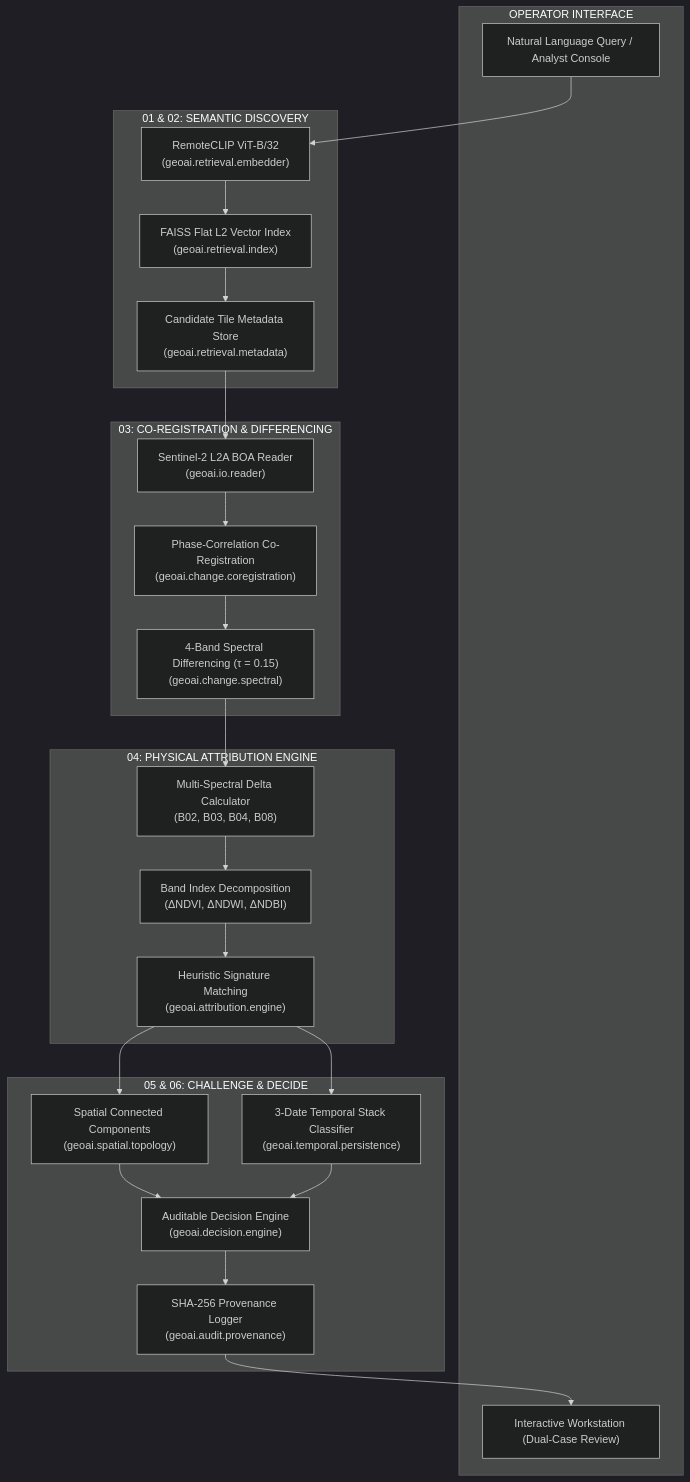
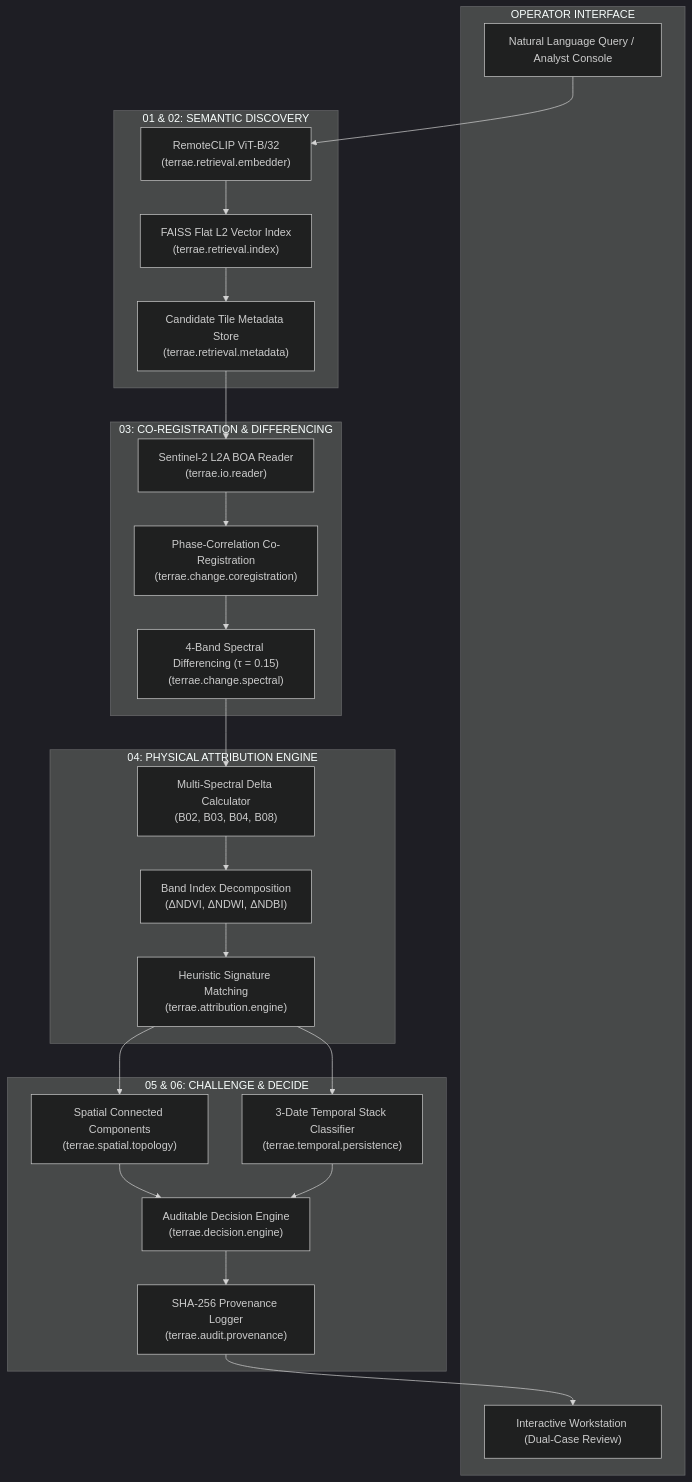
Before and after one commit to PhantomCipher13/terrae-geospatial-intelligence: the diagram in README.md, drawn with Mermaid (dark theme). The commit also changed other lines of this file and 124 other files, not shown here.

Commit message:
refactor: rename geoai to terrae across package, imports, databases, and docs

````diff
--- a/README.md
+++ b/README.md
@@ -107,48 +107,48 @@
 ```mermaid
 flowchart TD
     subgraph UI ["OPERATOR INTERFACE"]
         A["Natural Language Query / Analyst Console"]
         W["Interactive Workstation (Dual-Case Review)"]
     end
 
     subgraph RETRIEVAL ["01 & 02: SEMANTIC DISCOVERY"]
-        B["RemoteCLIP ViT-B/32<br/>(geoai.retrieval.embedder)"]
-        C["FAISS Flat L2 Vector Index<br/>(geoai.retrieval.index)"]
-        D["Candidate Tile Metadata Store<br/>(geoai.retrieval.metadata)"]
+        B["RemoteCLIP ViT-B/32<br/>(terrae.retrieval.embedder)"]
+        C["FAISS Flat L2 Vector Index<br/>(terrae.retrieval.index)"]
+        D["Candidate Tile Metadata Store<br/>(terrae.retrieval.metadata)"]
     end
 
     subgraph ALIGNMENT ["03: CO-REGISTRATION & DIFFERENCING"]
-        E["Sentinel-2 L2A BOA Reader<br/>(geoai.io.reader)"]
-        F["Phase-Correlation Co-Registration<br/>(geoai.change.coregistration)"]
-        G["4-Band Spectral Differencing (τ = 0.15)<br/>(geoai.change.spectral)"]
+        E["Sentinel-2 L2A BOA Reader<br/>(terrae.io.reader)"]
+        F["Phase-Correlation Co-Registration<br/>(terrae.change.coregistration)"]
+        G["4-Band Spectral Differencing (τ = 0.15)<br/>(terrae.change.spectral)"]
     end
 
     subgraph ATTRIBUTION ["04: PHYSICAL ATTRIBUTION ENGINE"]
         H["Multi-Spectral Delta Calculator<br/>(B02, B03, B04, B08)"]
         I["Band Index Decomposition<br/>(ΔNDVI, ΔNDWI, ΔNDBI)"]
-        J["Heuristic Signature Matching<br/>(geoai.attribution.engine)"]
+        J["Heuristic Signature Matching<br/>(terrae.attribution.engine)"]
     end
 
     subgraph VALIDATION ["05 & 06: CHALLENGE & DECIDE"]
-        K["Spatial Connected Components<br/>(geoai.spatial.topology)"]
-        L["3-Date Temporal Stack Classifier<br/>(geoai.temporal.persistence)"]
-        M["Auditable Decision Engine<br/>(geoai.decision.engine)"]
-        N["SHA-256 Provenance Logger<br/>(geoai.audit.provenance)"]
+        K["Spatial Connected Components<br/>(terrae.spatial.topology)"]
+        L["3-Date Temporal Stack Classifier<br/>(terrae.temporal.persistence)"]
+        M["Auditable Decision Engine<br/>(terrae.decision.engine)"]
+        N["SHA-256 Provenance Logger<br/>(terrae.audit.provenance)"]
     end
 
     A --> B
     B --> C
     C --> D
     D --> E
     E --> F
     F --> G
     G --> H
     H --> I
     I --> J
     J --> K
     J --> L
     K --> M
     L --> M
     M --> N
     N --> W
 ```
````
